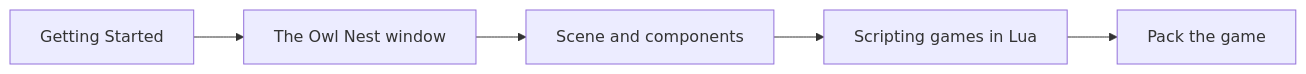
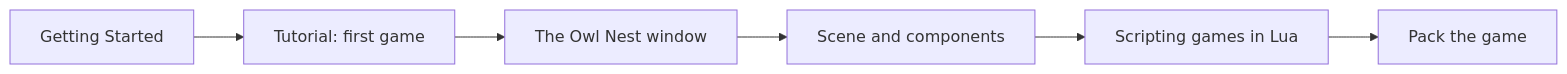
One commit to Silmaen/Owl changed the diagram in doc/pages/guide_game_maker.md. Above: the diagram before and after it, drawn with Mermaid. The commit also changed other lines of this file and 52 other files, not shown here.

````diff
--- a/doc/pages/guide_game_maker.md
+++ b/doc/pages/guide_game_maker.md
@@ -8,7 +10,8 @@
 ```mermaid
 flowchart LR
-    G[Getting Started] --> E[The Owl Nest window]
+    G[Getting Started] --> T[Tutorial: first game]
+    T --> E[The Owl Nest window]
     E --> S[Scene and components]
     S --> L[Scripting games in Lua]
     L --> P[Pack the game]
 ```
````
